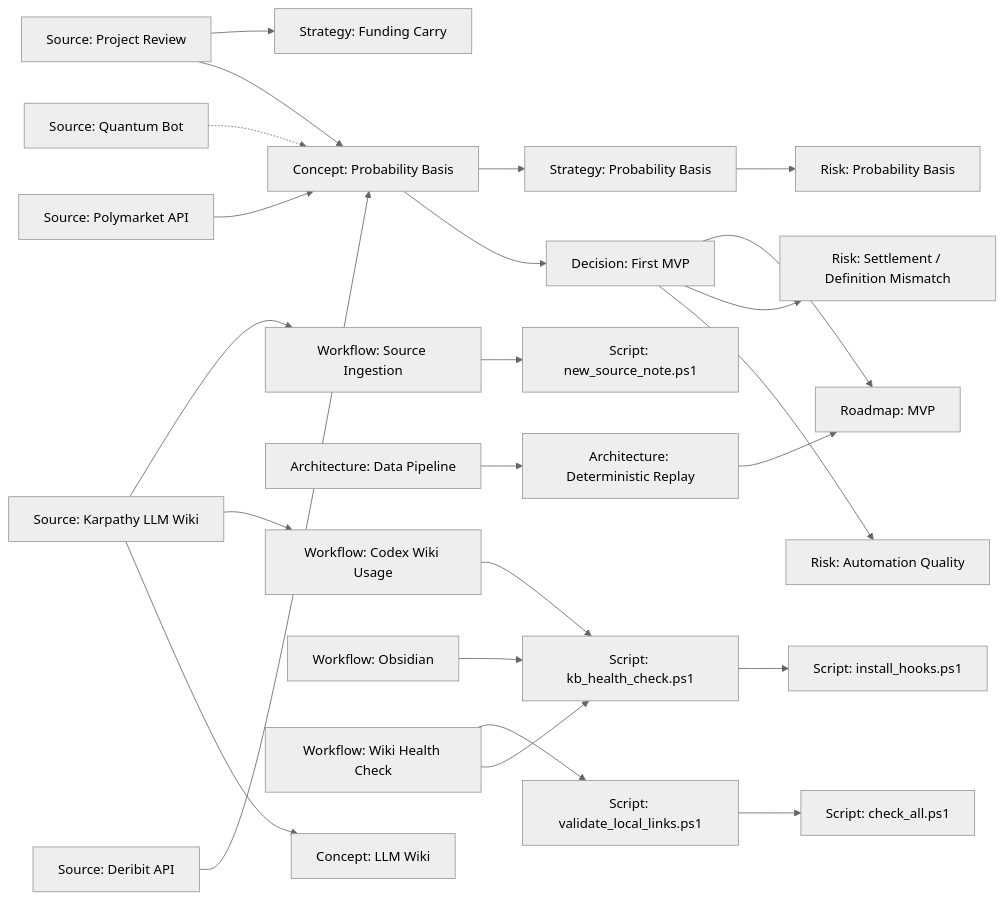
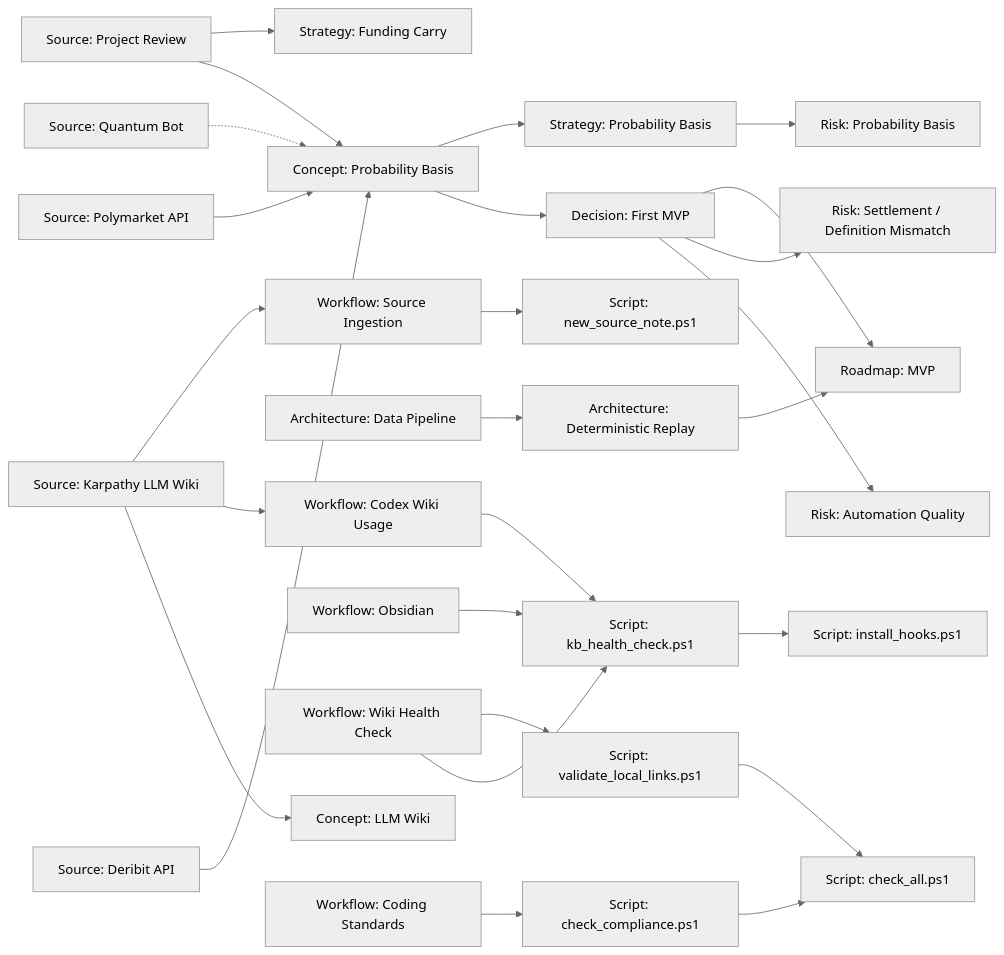
One commit to Cryptotehnolog/CRYPTOTEHNOLOG changed the diagram in knowledge/graph.md. Above: the diagram before and after it, drawn with Mermaid (neutral theme). The commit also changed 7 other files, not shown here.

Commit message:
Add coding standards compliance check

````diff
--- a/knowledge/graph.md
+++ b/knowledge/graph.md
@@ -24,59 +24,63 @@
 ```mermaid
 flowchart LR
     karpathy["Source: Karpathy LLM Wiki"]
     review["Source: Project Review"]
     deribit["Source: Deribit API"]
     polymarket["Source: Polymarket API"]
     quantum["Source: Quantum Bot"]
 
     llmWiki["Concept: LLM Wiki"]
     probabilityBasis["Concept: Probability Basis"]
 
     firstMvp["Decision: First MVP"]
     probabilityStrategy["Strategy: Probability Basis"]
     fundingStrategy["Strategy: Funding Carry"]
 
     automationRisk["Risk: Automation Quality"]
     settlementRisk["Risk: Settlement / Definition Mismatch"]
     probabilityRisk["Risk: Probability Basis"]
 
     dataPipeline["Architecture: Data Pipeline"]
     replay["Architecture: Deterministic Replay"]
     roadmap["Roadmap: MVP"]
 
     codexWorkflow["Workflow: Codex Wiki Usage"]
     obsidianWorkflow["Workflow: Obsidian"]
     healthWorkflow["Workflow: Wiki Health Check"]
     ingestWorkflow["Workflow: Source Ingestion"]
+    codingStandards["Workflow: Coding Standards"]
 
     kbCheck["Script: kb_health_check.ps1"]
     linkCheck["Script: validate_local_links.ps1"]
     checkAll["Script: check_all.ps1"]
     sourceNote["Script: new_source_note.ps1"]
     hooks["Script: install_hooks.ps1"]
+    compliance["Script: check_compliance.ps1"]
 
     karpathy --> llmWiki
     karpathy --> codexWorkflow
     karpathy --> ingestWorkflow
     deribit --> probabilityBasis
     polymarket --> probabilityBasis
     quantum -.-> probabilityBasis
     review --> probabilityBasis
     review --> fundingStrategy
     probabilityBasis --> firstMvp
     probabilityBasis --> probabilityStrategy
     probabilityStrategy --> probabilityRisk
     firstMvp --> automationRisk
     firstMvp --> settlementRisk
     firstMvp --> roadmap
     dataPipeline --> replay
     replay --> roadmap
 
     codexWorkflow --> kbCheck
     obsidianWorkflow --> kbCheck
     healthWorkflow --> kbCheck
     healthWorkflow --> linkCheck
     ingestWorkflow --> sourceNote
+    codingStandards --> compliance
     kbCheck --> hooks
     linkCheck --> checkAll
+    compliance --> checkAll
 ```
````
